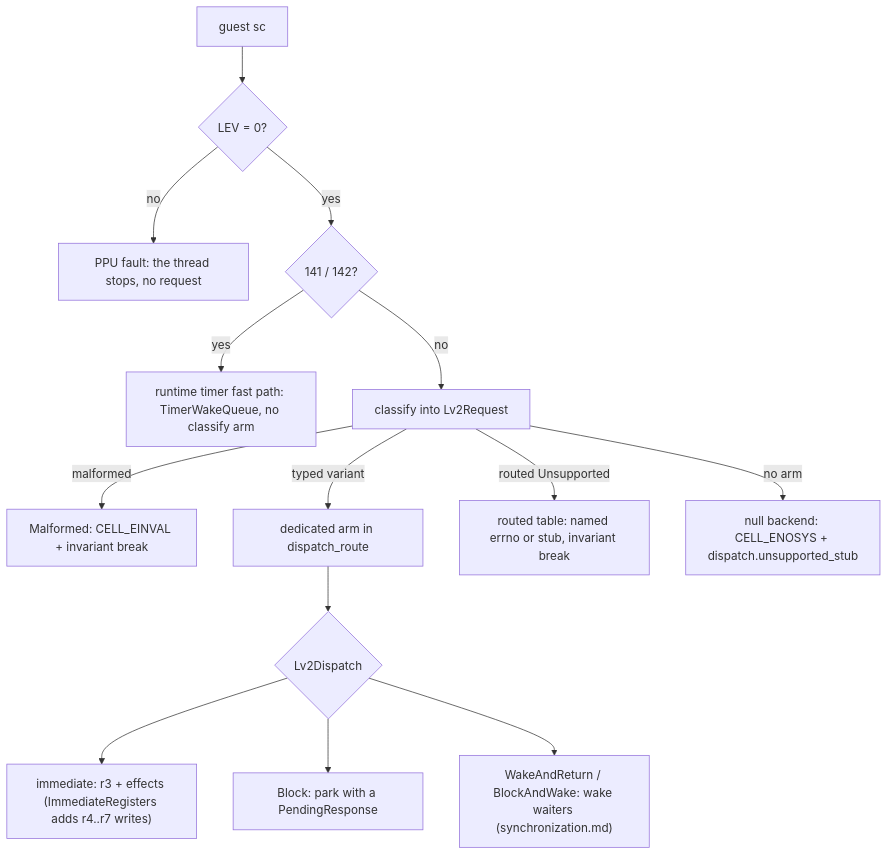
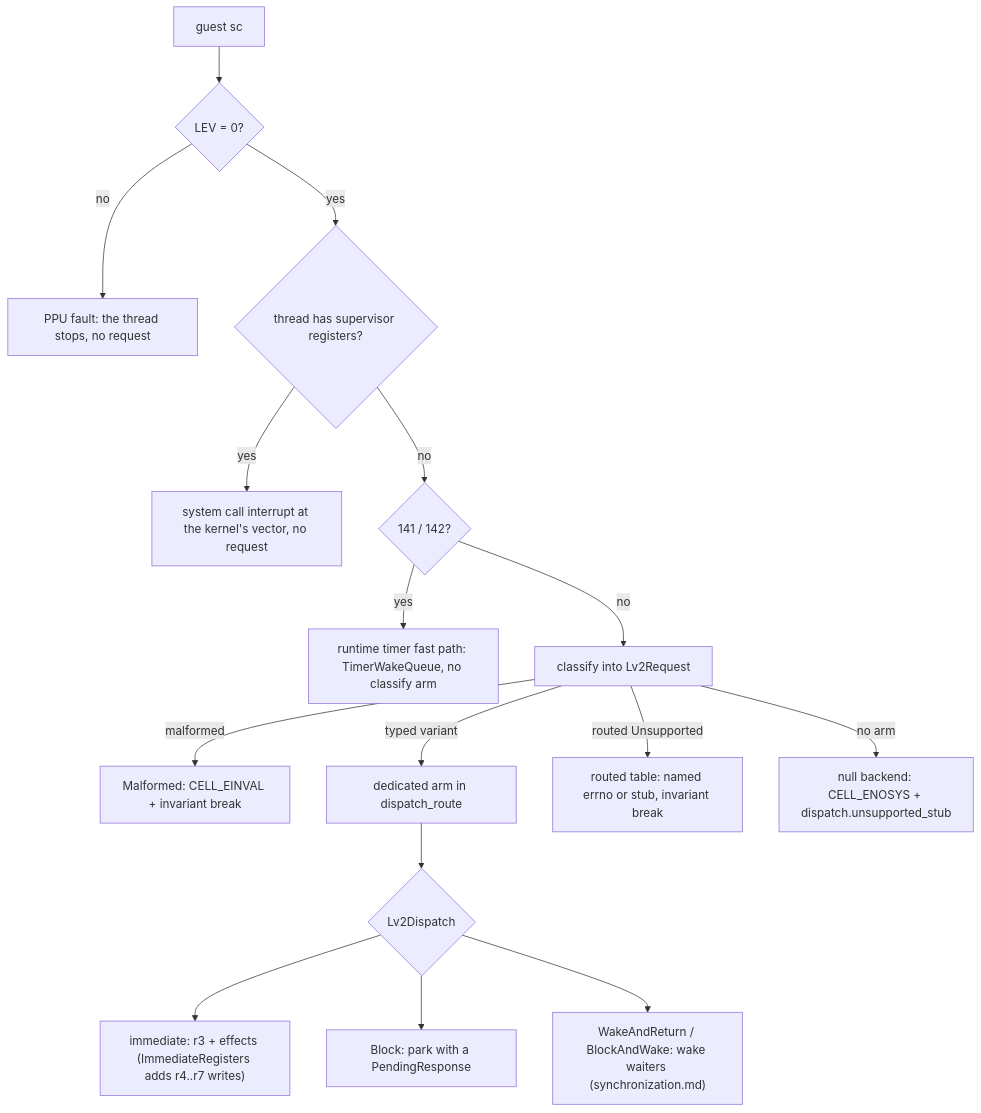
One commit to RoyalAce22/CellGov changed the first of 4 diagrams in docs/architecture/lv2_host.md. Above: the diagram before and after it, drawn with Mermaid. The commit also changed 41 other files, not shown here.

````diff
--- a/docs/architecture/lv2_host.md
+++ b/docs/architecture/lv2_host.md
@@ -14,16 +14,18 @@
 ```mermaid
 flowchart TD
   sc["guest sc"] --> lev{"LEV = 0?"}
   lev -->|no| hyp["PPU fault: the thread stops, no request"]
-  lev -->|yes| timer{"141 / 142?"}
+  lev -->|yes| sup{"thread has supervisor registers?"}
+  sup -->|yes| vec["system call interrupt at the kernel's vector, no request"]
+  sup -->|no| timer{"141 / 142?"}
   timer -->|yes| fast["runtime timer fast path: TimerWakeQueue, no classify arm"]
   timer -->|no| classify["classify into Lv2Request"]
   classify -->|malformed| mal["Malformed: CELL_EINVAL + invariant break"]
   classify -->|typed variant| arm["dedicated arm in dispatch_route"]
   classify -->|routed Unsupported| routed["routed table: named errno or stub, invariant break"]
   classify -->|no arm| null["null backend: CELL_ENOSYS + dispatch.unsupported_stub"]
   arm --> disp{"Lv2Dispatch"}
   disp --> imm["immediate: r3 + effects (ImmediateRegisters adds r4..r7 writes)"]
   disp --> blk["Block: park with a PendingResponse"]
   disp --> wk["WakeAndReturn / BlockAndWake: wake waiters (synchronization.md)"]
 ```
````
